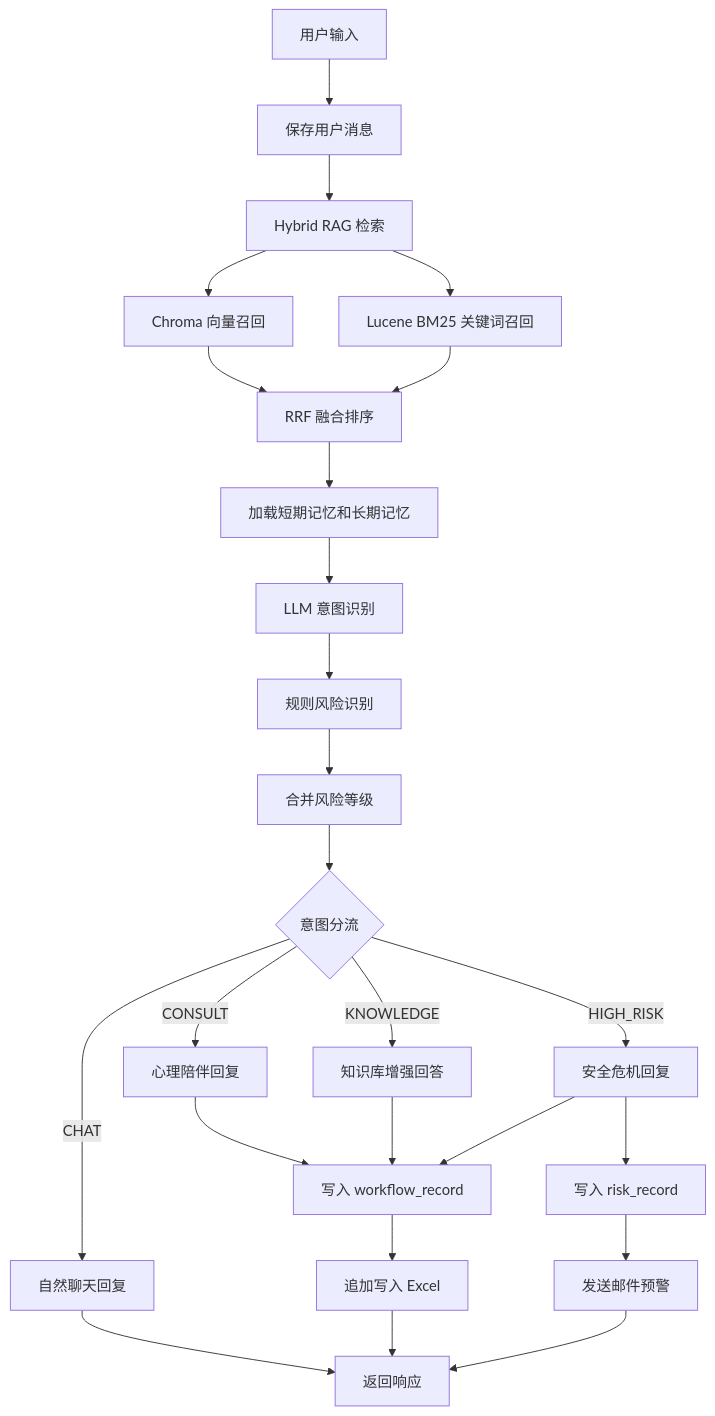
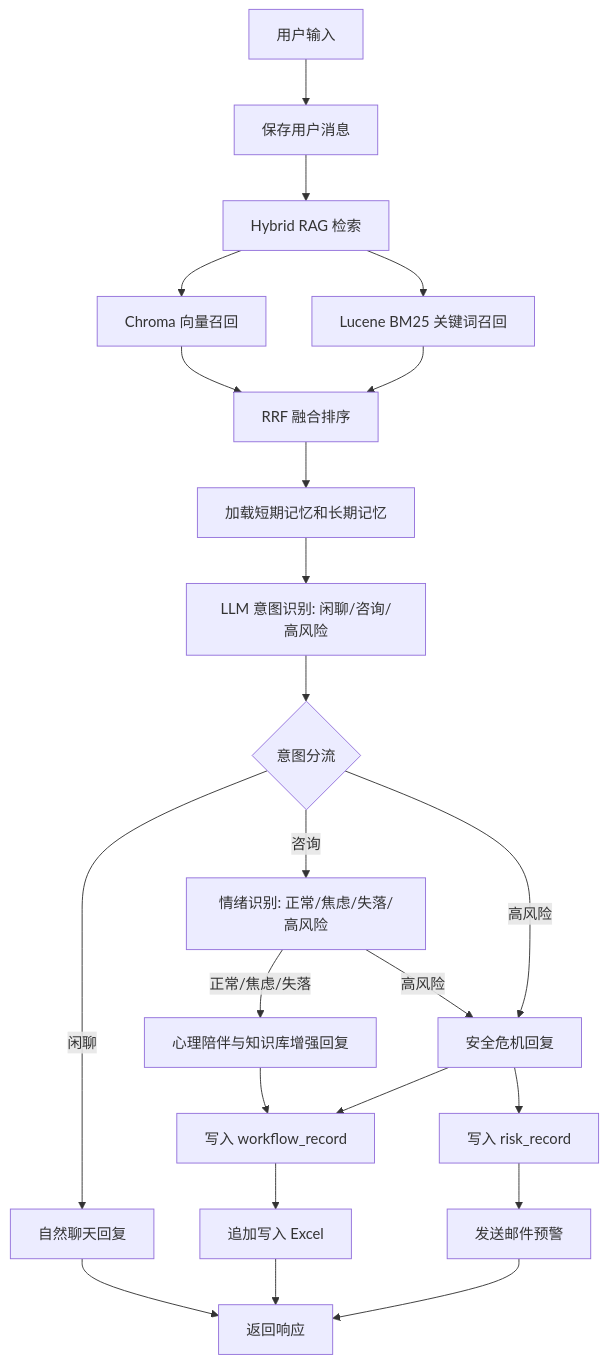
The diagram in README.md (60Anli/mental-companion-assistant), drawn with Mermaid before and after one commit. The commit also changed other lines of this file, not shown here.

Commit message:
Update README workflow description

````diff
--- a/README.md
+++ b/README.md
@@ -29,27 +29,25 @@
 ```mermaid
 flowchart TD
     A[用户输入] --> B[保存用户消息]
     B --> C[Hybrid RAG 检索]
     C --> C1[Chroma 向量召回]
     C --> C2[Lucene BM25 关键词召回]
     C1 --> C3[RRF 融合排序]
     C2 --> C3
     C3 --> D[加载短期记忆和长期记忆]
-    D --> E[LLM 意图识别]
-    E --> F[规则风险识别]
-    F --> G[合并风险等级]
-    G --> H{意图分流}
-    H -->|CHAT| I[自然聊天回复]
-    H -->|CONSULT| J[心理陪伴回复]
-    H -->|KNOWLEDGE| K[知识库增强回答]
-    H -->|HIGH_RISK| L[安全危机回复]
-    J --> M[写入 workflow_record]
-    K --> M
-    L --> M
-    M --> N[追加写入 Excel]
-    L --> O[写入 risk_record]
-    O --> P[发送邮件预警]
-    I --> Q[返回响应]
-    N --> Q
-    P --> Q
+    D --> E[LLM 意图识别: 闲聊/咨询/高风险]
+    E --> F{意图分流}
+    F -->|闲聊| G[自然聊天回复]
+    F -->|咨询| H[情绪识别: 正常/焦虑/失落/高风险]
+    H -->|正常/焦虑/失落| I[心理陪伴与知识库增强回复]
+    H -->|高风险| J[安全危机回复]
+    F -->|高风险| J
+    I --> K[写入 workflow_record]
+    J --> K
+    K --> L[追加写入 Excel]
+    J --> M[写入 risk_record]
+    M --> N[发送邮件预警]
+    G --> O[返回响应]
+    L --> O
+    N --> O
 ```
````
